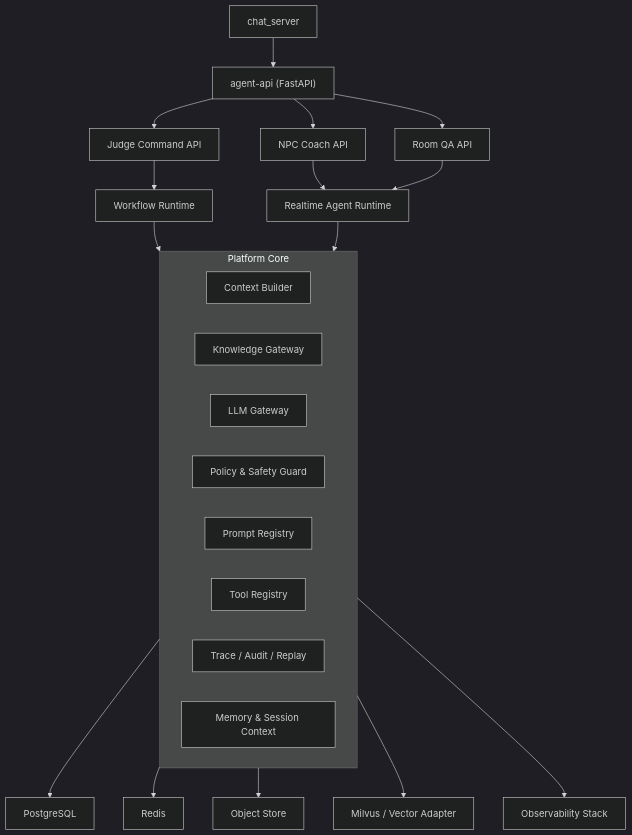
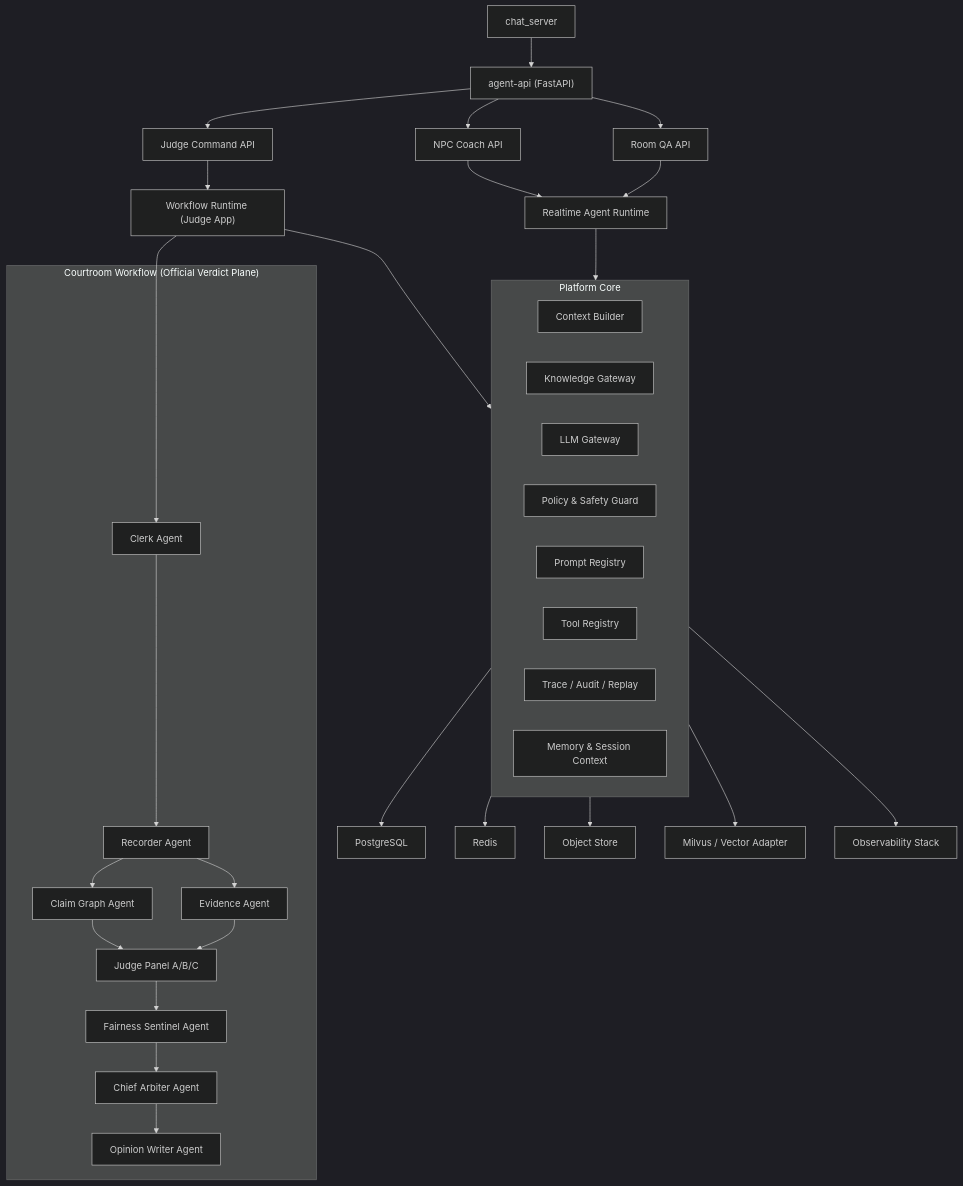
The diagram in docs/dev_plan/AI_Judge_Service-架构与技术栈决策方案-2026-04-13.md (PY0226H/clashpoint), drawn with Mermaid (dark theme) before and after one commit. The commit also changed other lines of this file and 13 other files, not shown here.

Commit message:
ai-judge-p11-courtroom-8agent-mainline

````diff
--- a/docs/dev_plan/AI_Judge_Service-架构与技术栈决策方案-2026-04-13.md
+++ b/docs/dev_plan/AI_Judge_Service-架构与技术栈决策方案-2026-04-13.md
@@ -156,31 +160,49 @@
 ```mermaid
 flowchart TB
     A["chat_server"] --> B["agent-api (FastAPI)"]
     B --> C["Judge Command API"]
     B --> D["NPC Coach API"]
     B --> E["Room QA API"]
 
-    C --> F["Workflow Runtime"]
+    C --> F["Workflow Runtime (Judge App)"]
     D --> G["Realtime Agent Runtime"]
     E --> G
+
+    subgraph CW["Courtroom Workflow (Official Verdict Plane)"]
+      C1["Clerk Agent"]
+      C2["Recorder Agent"]
+      C3["Claim Graph Agent"]
+      C4["Evidence Agent"]
+      C5["Judge Panel A/B/C"]
+      C6["Fairness Sentinel Agent"]
+      C7["Chief Arbiter Agent"]
+      C8["Opinion Writer Agent"]
+      C1 --> C2 --> C3
+      C2 --> C4
+      C3 --> C5
+      C4 --> C5
+      C5 --> C6 --> C7 --> C8
+    end
+
+    F --> C1
 
     subgraph H["Platform Core"]
       H1["Context Builder"]
       H2["Knowledge Gateway"]
       H3["LLM Gateway"]
       H4["Policy & Safety Guard"]
       H5["Prompt Registry"]
       H6["Tool Registry"]
       H7["Trace / Audit / Replay"]
       H8["Memory & Session Context"]
     end
 
     F --> H
     G --> H
 
     H --> I["PostgreSQL"]
     H --> J["Redis"]
     H --> K["Object Store"]
     H --> L["Milvus / Vector Adapter"]
     H --> M["Observability Stack"]
 ```
````
